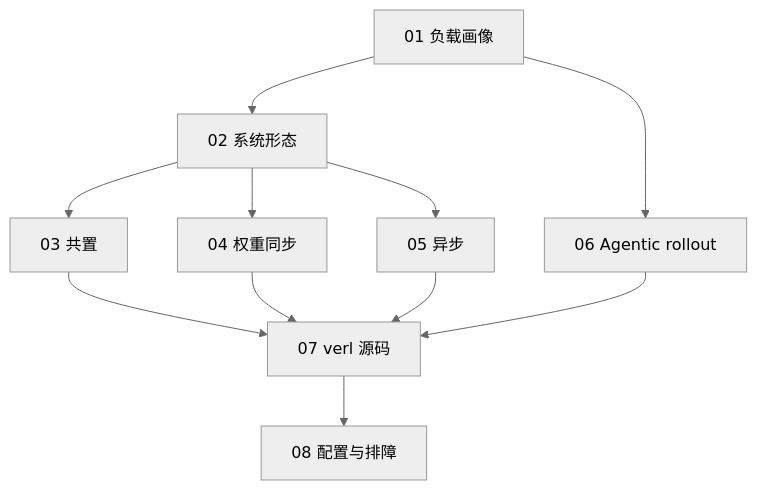
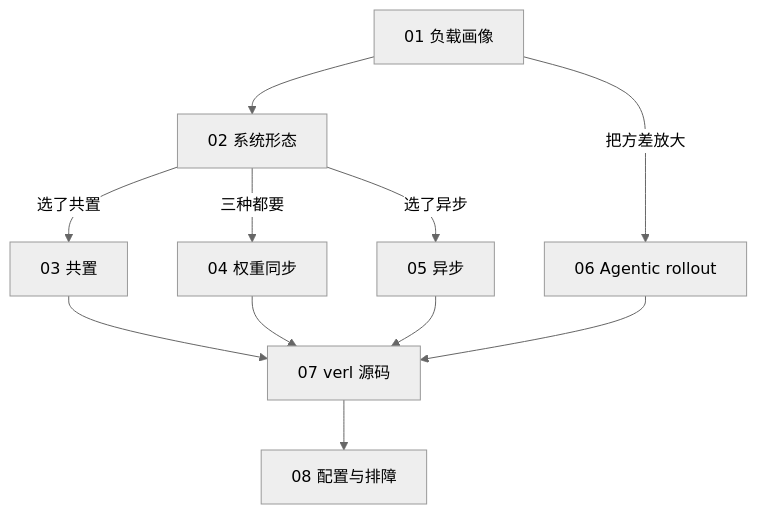
Before and after one commit to arganzheng/arganzheng.github.com: the first of 3 diagrams in slides/2026-09-03-rl-post-training-infra.md, drawn with Mermaid (neutral theme). The commit also changed other lines of this file, not shown here.

````diff
--- a/slides/2026-09-03-rl-post-training-infra.md
+++ b/slides/2026-09-03-rl-post-training-infra.md
@@ -34,11 +34,11 @@
 ```mermaid
 %%{init: {"flowchart": {"wrappingWidth": 170}}}%%
 flowchart TB
     R1["01 负载画像"] --> R2["02 系统形态"]
-    R2 --> R3["03 共置"]
-    R2 --> R4["04 权重同步"]
-    R2 --> R5["05 异步"]
-    R1 --> R6["06 Agentic rollout"]
+    R2 -- "选了共置" --> R3["03 共置"]
+    R2 -- "三种都要" --> R4["04 权重同步"]
+    R2 -- "选了异步" --> R5["05 异步"]
+    R1 -- "把方差放大" --> R6["06 Agentic rollout"]
     R3 & R4 & R5 & R6 --> R7["07 verl 源码"]
     R7 --> R8["08 配置与排障"]
 ```
````
